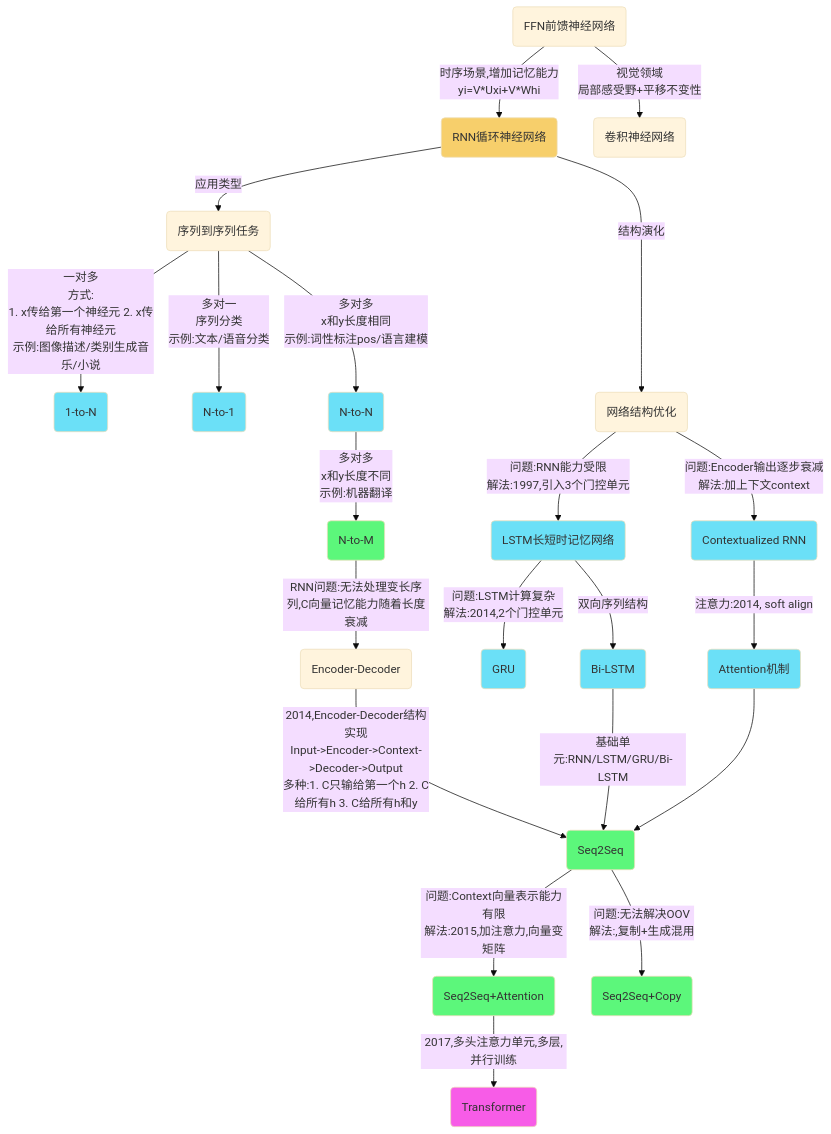
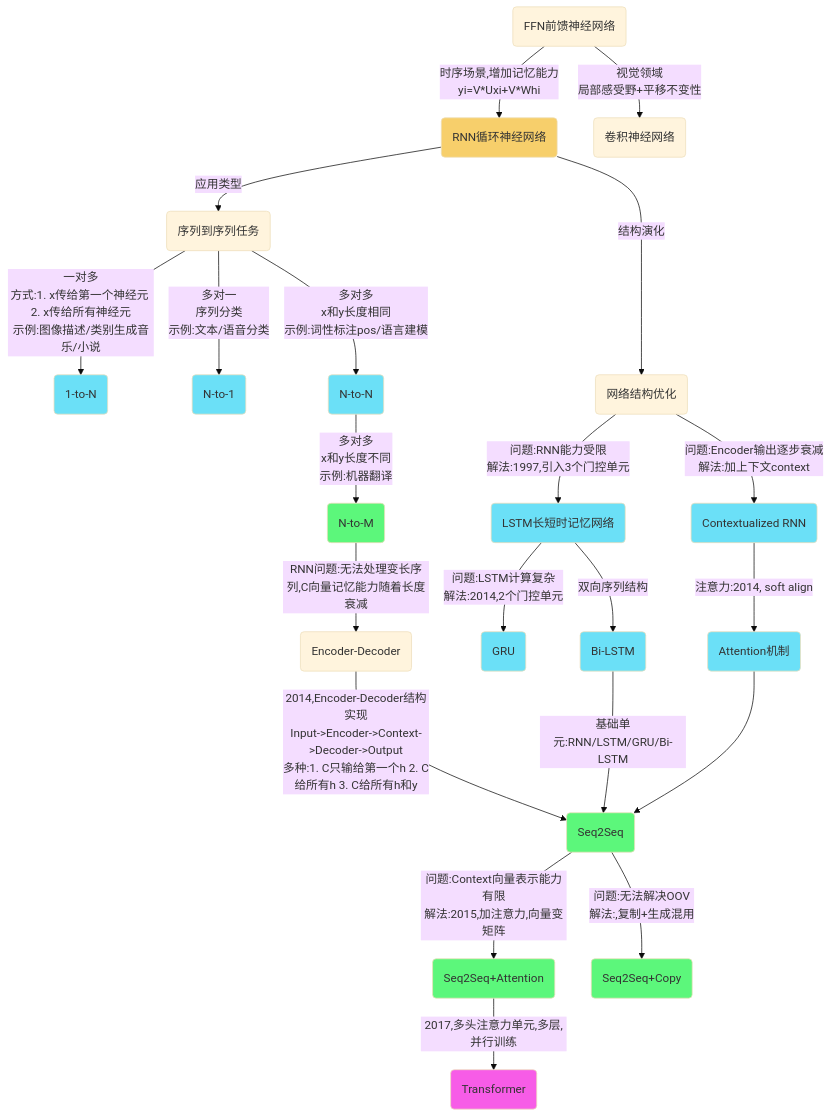
The first of 2 diagrams in _posts/2020-04-28-text-generation.md (Gaohaoyang/gaohaoyang.github.io), drawn with Mermaid (base theme) before and after one commit. The commit also changed other lines of this file, not shown here.

```diff
--- a/_posts/2020-04-28-text-generation.md
+++ b/_posts/2020-04-28-text-generation.md
@@ -280,27 +273,27 @@
 <div class="mermaid">
     flowchart TD
     %% 节点颜色
     classDef red fill:#F75CE7;
     classDef green fill:#5CF77B;
     classDef blue fill:#6BE0F7;
     classDef orange fill:#F7CF6B;
     classDef grass fill:#C8D64B;
     %%节点关系定义
     O(FFN前馈神经网络)-->|时序场景,增加记忆能力\nyi=V*Uxi+V*Whi|R(RNN循环神经网络):::orange
     O-->|视觉领域\n局部感受野+平移不变性|C(卷积神经网络)
     R-->|应用类型|R0(序列到序列任务)
     R-->|结构演化|RA(网络结构优化)-->|问题:RNN能力受限\n解法:1997,引入3个门控单元|L(LSTM长短时记忆网络):::blue-->|问题:LSTM计算复杂\n解法:2014,2个门控单元|G(GRU):::blue
     L-->|双向序列结构|B(Bi-LSTM):::blue
     RA-->|问题:Encoder输出逐步衰减\n解法:加上下文context|CR(Contextualized RNN):::blue
     CR-->|注意力:2014, soft align|A(Attention机制):::blue-->S1
     B-->|基础单元:RNN/LSTM/GRU/Bi-LSTM|S1
-    R0-->|一对多\n方式:\n1. x传给第一个神经元 2. x传给所有神经元\n示例:图像描述/类别生成音乐/小说|R1(1-to-N):::blue
+    R0-->|一对多\n方式:1. x传给第一个神经元 2. x传给所有神经元\n示例:图像描述/类别生成音乐/小说|R1(1-to-N):::blue
     R0-->|多对一\n序列分类\n示例:文本/语音分类|R2(N-to-1):::blue
     R0-->|多对多\nx和y长度相同\n示例:词性标注pos/语言建模|R3(N-to-N):::blue
     R3-->|多对多\nx和y长度不同\n示例:机器翻译|R4(N-to-M):::green
     R4-->|RNN问题:无法处理变长序列,C向量记忆能力随着长度衰减|S(Encoder-Decoder)
     S-->|2014,Encoder-Decoder结构实现\nInput->Encoder->Context->Decoder->Output\n多种:1. C只输给第一个h 2. C给所有h 3. C给所有h和y|S1(Seq2Seq):::green
     S1-->|问题:Context向量表示能力有限\n解法:2015,加注意力,向量变矩阵|S2(Seq2Seq+Attention):::green
     S1-->|问题:无法解决OOV\n解法:,复制+生成混用|S3(Seq2Seq+Copy):::green
     S2-->|2017,多头注意力单元,多层,并行训练|T(Transformer):::red
 </div>
```
